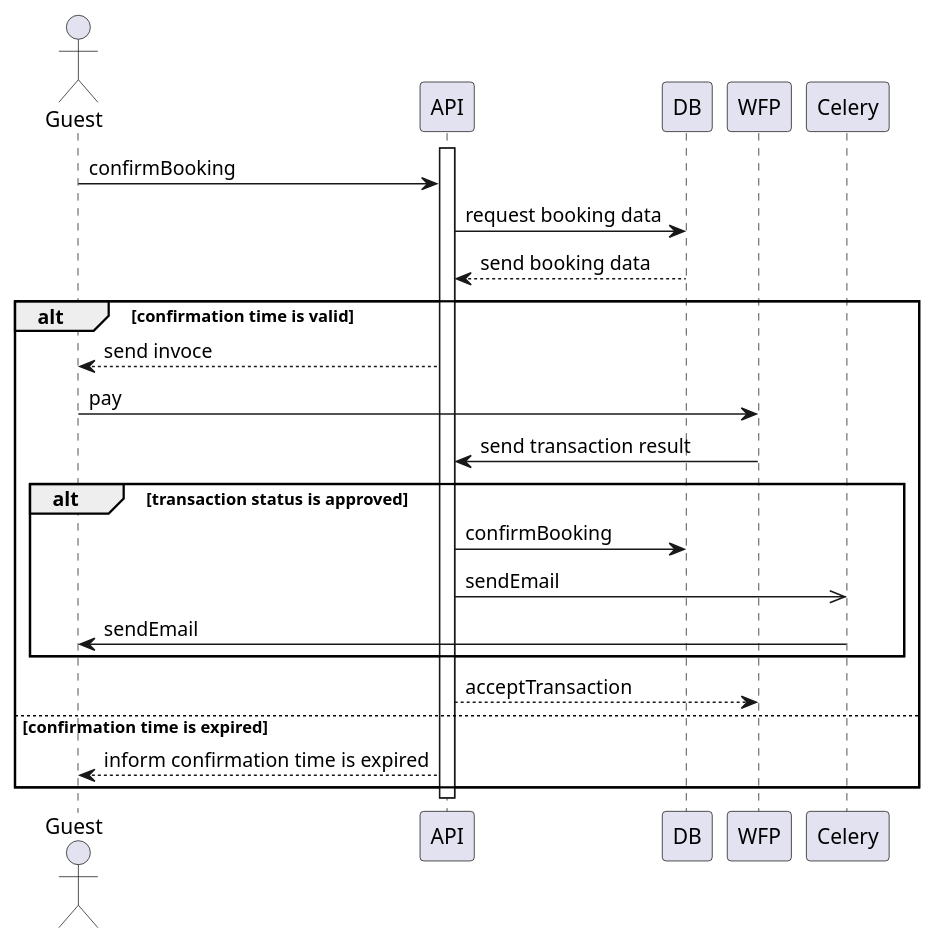
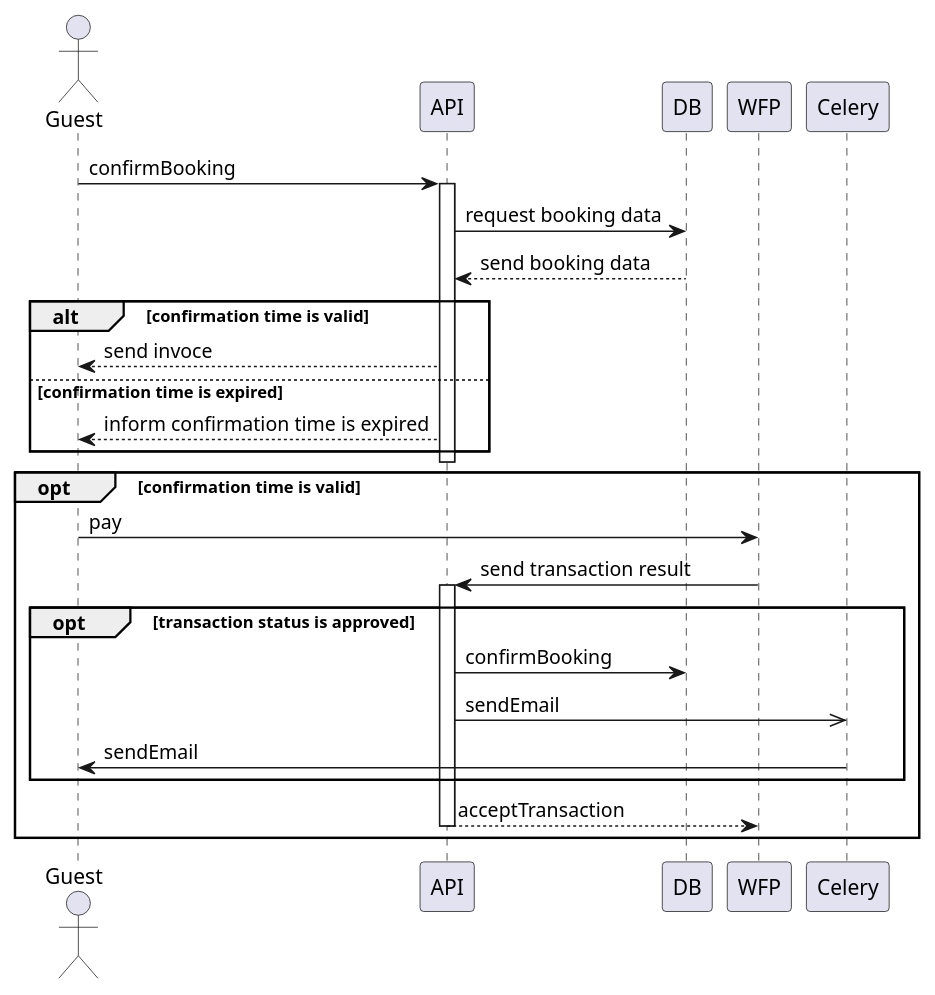
One commit to opvlad/kpi-mavpz changed the diagram in lab3/sequence-1.md. Above: the diagram before and after it, drawn with PlantUML. The commit also changed 3 other files, not shown here.

````diff
--- a/lab3/sequence-1.md
+++ b/lab3/sequence-1.md
@@ -2,29 +2,32 @@
 ```plantuml
 @startuml
 
 actor Guest as guest
-activate API
 
 guest -> API : confirmBooking
+
+activate API
 API -> DB : request booking data
 DB --> API : send booking data
-
 alt confirmation time is valid
 API --> guest : send invoce
+else confirmation time is expired
+API --> guest : inform confirmation time is expired
+end
+deactivate API
+
+opt confirmation time is valid
 guest -> WFP : pay
 WFP -> API : send transaction result
-alt transaction status is approved
+activate API
+opt transaction status is approved
 API -> DB : confirmBooking
 API ->> Celery : sendEmail
 Celery -> guest : sendEmail
 end
 API --> WFP : acceptTransaction
+deactivate API
+end
 
-else confirmation time is expired
-API --> guest : inform confirmation time is expired
-
-
-end
-deactivate API
 @enduml
 ```
````
